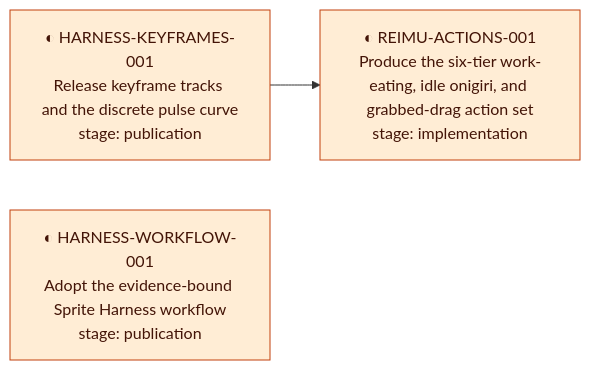
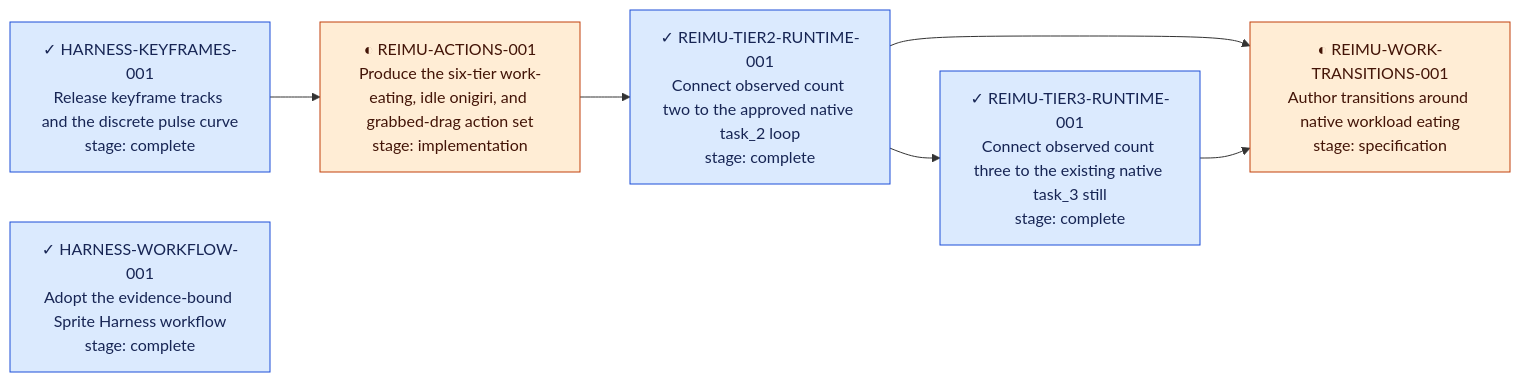
The diagram in workflow/README.md (lyw-ops/Spirite-harness), drawn with Mermaid before and after one commit. The commit also changed other lines of this file and 8 other files, not shown here.

Commit message:
docs: publish Reimu tier 2 and 3 runtime receipts

````diff
--- a/workflow/README.md
+++ b/workflow/README.md
@@ -38,11 +41,19 @@
 ```mermaid
 flowchart LR
-    N_HARNESS_KEYFRAMES_001["◐ HARNESS-KEYFRAMES-001<br/>Release keyframe tracks and the discrete pulse curve<br/>stage: publication"]
-    N_HARNESS_WORKFLOW_001["◐ HARNESS-WORKFLOW-001<br/>Adopt the evidence-bound Sprite Harness workflow<br/>stage: publication"]
+    N_HARNESS_KEYFRAMES_001["✓ HARNESS-KEYFRAMES-001<br/>Release keyframe tracks and the discrete pulse curve<br/>stage: complete"]
+    N_HARNESS_WORKFLOW_001["✓ HARNESS-WORKFLOW-001<br/>Adopt the evidence-bound Sprite Harness workflow<br/>stage: complete"]
     N_REIMU_ACTIONS_001["◐ REIMU-ACTIONS-001<br/>Produce the six-tier work-eating, idle onigiri, and grabbed-drag action set<br/>stage: implementation"]
+    N_REIMU_TIER2_RUNTIME_001["✓ REIMU-TIER2-RUNTIME-001<br/>Connect observed count two to the approved native task_2 loop<br/>stage: complete"]
+    N_REIMU_TIER3_RUNTIME_001["✓ REIMU-TIER3-RUNTIME-001<br/>Connect observed count three to the existing native task_3 still<br/>stage: complete"]
+    N_REIMU_WORK_TRANSITIONS_001["◐ REIMU-WORK-TRANSITIONS-001<br/>Author transitions around native workload eating<br/>stage: specification"]
     N_HARNESS_KEYFRAMES_001 --> N_REIMU_ACTIONS_001
+    N_REIMU_ACTIONS_001 --> N_REIMU_TIER2_RUNTIME_001
+    N_REIMU_TIER2_RUNTIME_001 --> N_REIMU_TIER3_RUNTIME_001
+    N_REIMU_TIER2_RUNTIME_001 --> N_REIMU_WORK_TRANSITIONS_001
+    N_REIMU_TIER3_RUNTIME_001 --> N_REIMU_WORK_TRANSITIONS_001
     classDef complete fill:#dbeafe,stroke:#1d4ed8,color:#172554;
     classDef active fill:#ffedd5,stroke:#c2410c,color:#431407;
     classDef blocked fill:#fee2e2,stroke:#b91c1c,color:#450a0a;
-    class N_HARNESS_KEYFRAMES_001,N_HARNESS_WORKFLOW_001,N_REIMU_ACTIONS_001 active;
+    class N_HARNESS_KEYFRAMES_001,N_HARNESS_WORKFLOW_001,N_REIMU_TIER2_RUNTIME_001,N_REIMU_TIER3_RUNTIME_001 complete;
+    class N_REIMU_ACTIONS_001,N_REIMU_WORK_TRANSITIONS_001 active;
 ```
````
